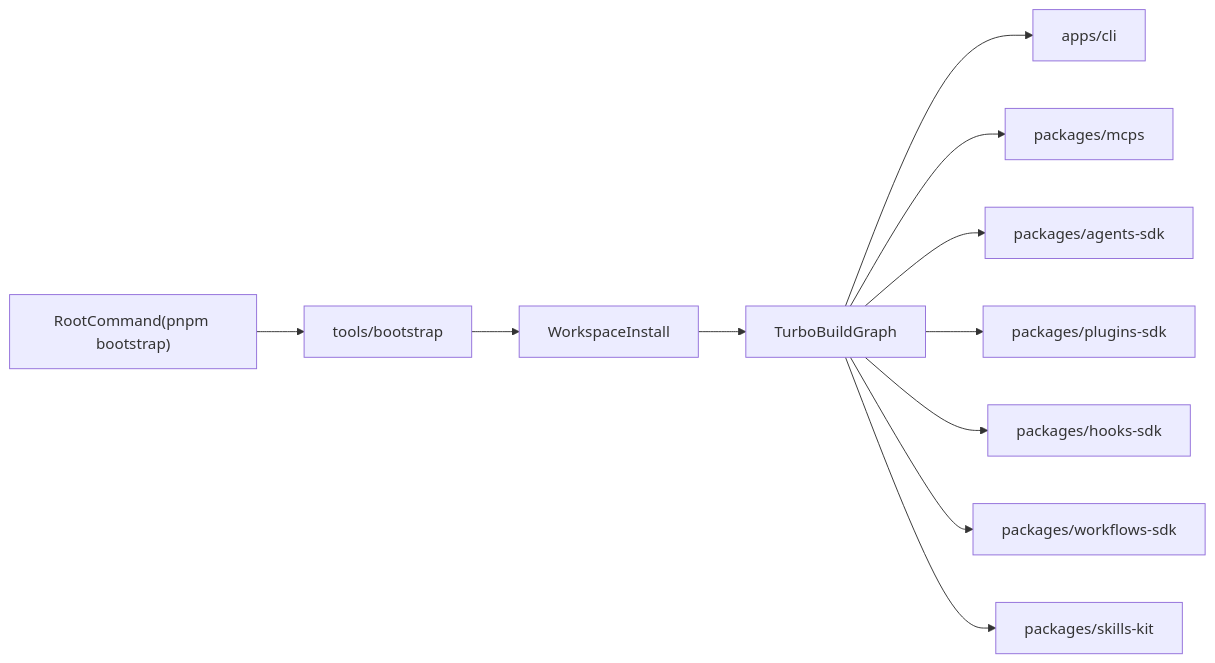
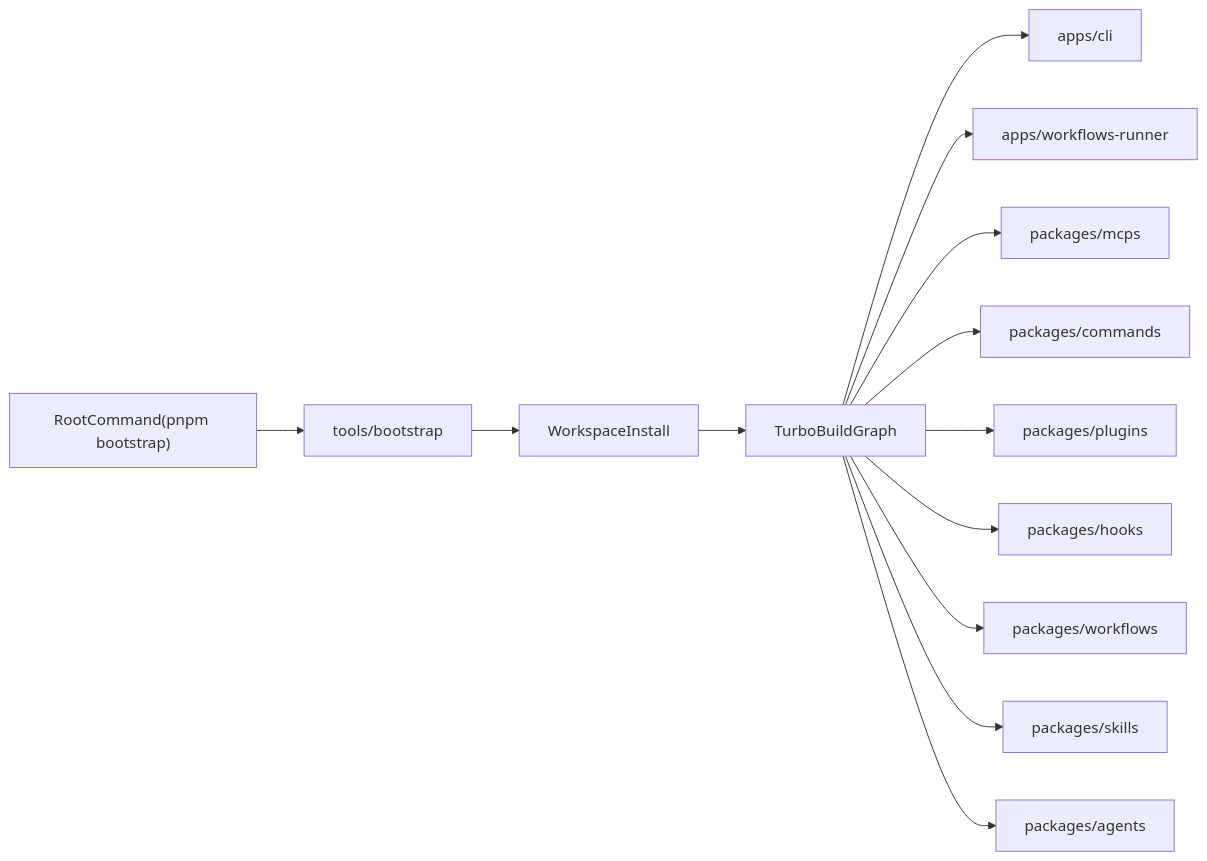
The diagram in docs/muggle-ai-works-rename-and-monorepo-design.md (multiplex-ai/muggle-ai-works), drawn with Mermaid before and after one commit. The commit also changed other lines of this file and 27 other files, not shown here.

````diff
--- a/docs/muggle-ai-works-rename-and-monorepo-design.md
+++ b/docs/muggle-ai-works-rename-and-monorepo-design.md
@@ -155,13 +170,15 @@
 ```mermaid
 flowchart LR
     rootCmd["RootCommand(pnpm bootstrap)"] --> toolBootstrap["tools/bootstrap"]
     toolBootstrap --> workspaceInstall["WorkspaceInstall"]
     workspaceInstall --> buildGraph["TurboBuildGraph"]
     buildGraph --> appCli["apps/cli"]
+    buildGraph --> appWorkflowRunner["apps/workflows-runner"]
     buildGraph --> pkgMcp["packages/mcps"]
-    buildGraph --> pkgAgent["packages/agents-sdk"]
-    buildGraph --> pkgPlugin["packages/plugins-sdk"]
-    buildGraph --> pkgHook["packages/hooks-sdk"]
-    buildGraph --> pkgWorkflow["packages/workflows-sdk"]
-    buildGraph --> pkgSkill["packages/skills-kit"]
+    buildGraph --> pkgCommands["packages/commands"]
+    buildGraph --> pkgPlugin["packages/plugins"]
+    buildGraph --> pkgHook["packages/hooks"]
+    buildGraph --> pkgWorkflow["packages/workflows"]
+    buildGraph --> pkgSkill["packages/skills"]
+    buildGraph --> pkgAgent["packages/agents"]
 ```
````
